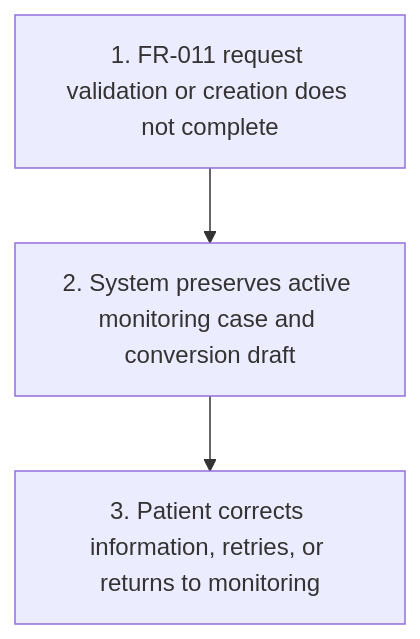
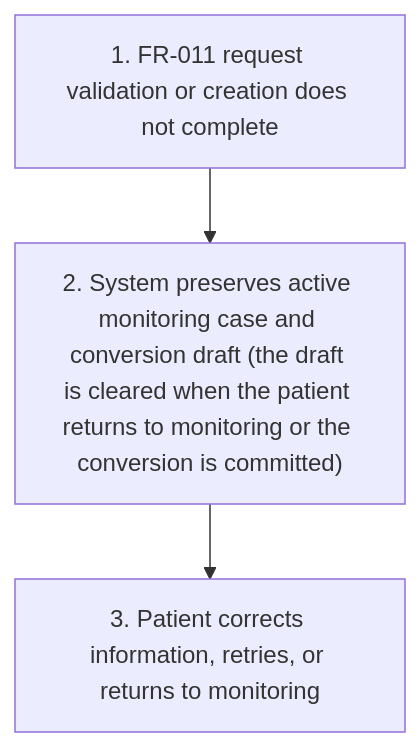
The sixth of 6 diagrams in project-requirements/functional-requirements/fr038-monitor-transplant-progress/prd.md (joachimtrungtuan/hairline-pm-docs), drawn with Mermaid before and after one commit. The commit also changed other lines of this file and 5 other files, not shown here.

Commit message:
docs(fr038): apply logic review pass 1 fixes to PRD and graph

````diff
--- a/project-requirements/functional-requirements/fr038-monitor-transplant-progress/prd.md
+++ b/project-requirements/functional-requirements/fr038-monitor-transplant-progress/prd.md
@@ -162,5 +166,5 @@
 ```mermaid
 flowchart TD
-    B2S1["1. FR-011 request validation or creation does not complete"] --> B2S2["2. System preserves active monitoring case and conversion draft"]
+    B2S1["1. FR-011 request validation or creation does not complete"] --> B2S2["2. System preserves active monitoring case and conversion draft (the draft is cleared when the patient returns to monitoring or the conversion is committed)"]
     B2S2 --> B2S3["3. Patient corrects information, retries, or returns to monitoring"]
 ```
````
